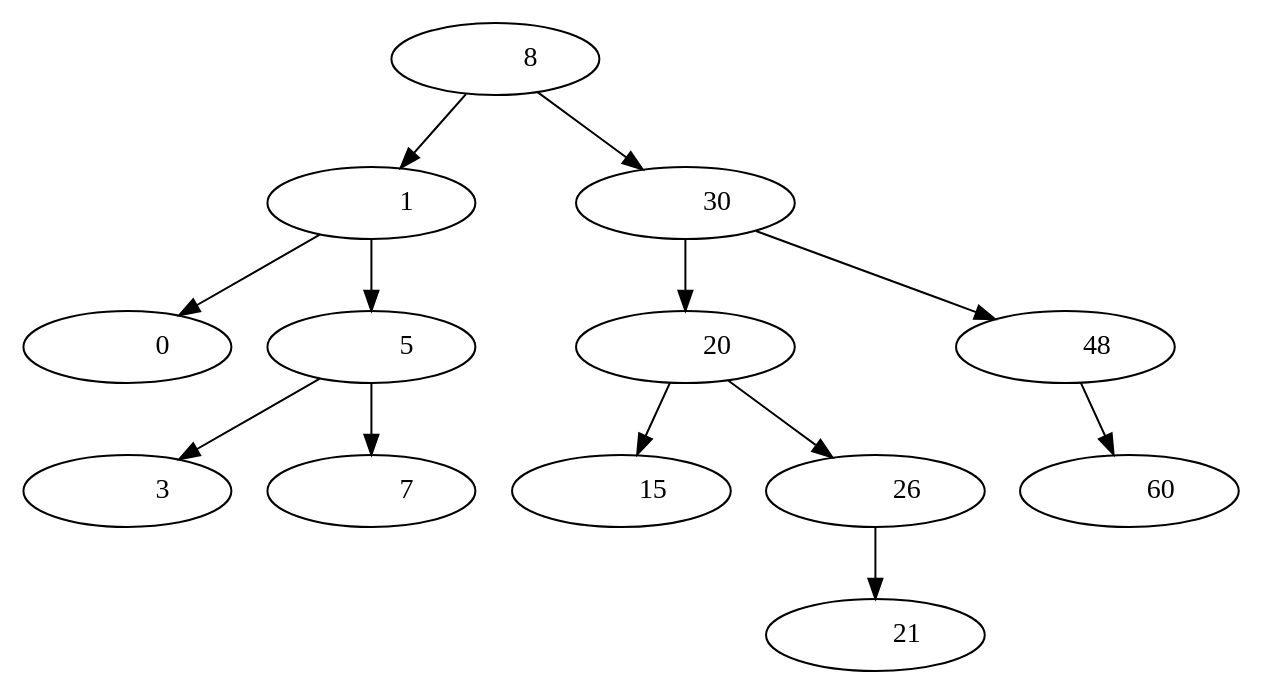
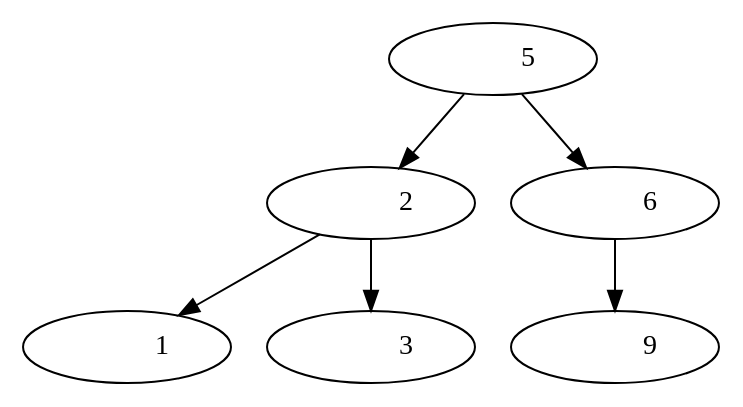
One commit to KINGR0X/EDD_PROYECTO_202044192 changed the diagram in Fase2/avl_tree.dot. Above: the diagram before and after it, drawn with Graphviz. The commit also changed 68 other files, not shown here.

```diff
--- a/Fase2/avl_tree.dot
+++ b/Fase2/avl_tree.dot
@@ -1,27 +1,13 @@
  digraph G {
- "Nodo7f7500c0-4887-4a8c-778e-06fbdffe7698"[label = "           8 "]
- "Nodo7f7500c0-4887-4a8c-778e-06fbdffe7698"->"Nodoba1ee560-3161-4b0e-748f-5d4c87db0960"
- "Nodo7f7500c0-4887-4a8c-778e-06fbdffe7698"->"Nodo7108aeb4-ad58-40ca-6cda-8c09975d5b3e"
- "Nodoba1ee560-3161-4b0e-748f-5d4c87db0960"[label = "           1 "]
- "Nodoba1ee560-3161-4b0e-748f-5d4c87db0960"->"Nodof8669521-28c4-41d7-491f-890dbdfba7cc"
- "Nodoba1ee560-3161-4b0e-748f-5d4c87db0960"->"Nodoffdb7178-ef22-41ae-40e8-2db1ddab4f2c"
- "Nodof8669521-28c4-41d7-491f-890dbdfba7cc"[label = "           0 "]
- "Nodoffdb7178-ef22-41ae-40e8-2db1ddab4f2c"[label = "           5 "]
- "Nodoffdb7178-ef22-41ae-40e8-2db1ddab4f2c"->"Nodo9548623e-2738-4ca4-7dc1-4087f7771cd5"
- "Nodoffdb7178-ef22-41ae-40e8-2db1ddab4f2c"->"Nodo54f402e8-232b-4843-6a7e-ab77efed575a"
- "Nodo9548623e-2738-4ca4-7dc1-4087f7771cd5"[label = "           3 "]
- "Nodo54f402e8-232b-4843-6a7e-ab77efed575a"[label = "           7 "]
- "Nodo7108aeb4-ad58-40ca-6cda-8c09975d5b3e"[label = "          30 "]
- "Nodo7108aeb4-ad58-40ca-6cda-8c09975d5b3e"->"Nodobde0bd01-bfb0-40d2-62ff-949effee58d2"
- "Nodo7108aeb4-ad58-40ca-6cda-8c09975d5b3e"->"Nodo73ded84e-edca-4d16-7c15-dd6a5de56900"
- "Nodobde0bd01-bfb0-40d2-62ff-949effee58d2"[label = "          20 "]
- "Nodobde0bd01-bfb0-40d2-62ff-949effee58d2"->"Nodo1f04b2d3-80b2-4c29-7de9-c8dc7aba46ec"
- "Nodobde0bd01-bfb0-40d2-62ff-949effee58d2"->"Nodoe5b7c7ae-a88d-47ff-7154-ea0f6ffa33a7"
- "Nodo1f04b2d3-80b2-4c29-7de9-c8dc7aba46ec"[label = "          15 "]
- "Nodoe5b7c7ae-a88d-47ff-7154-ea0f6ffa33a7"[label = "          26 "]
- "Nodoe5b7c7ae-a88d-47ff-7154-ea0f6ffa33a7"->"Nodof79e288e-0434-4afa-474b-212afffd59bb"
- "Nodof79e288e-0434-4afa-474b-212afffd59bb"[label = "          21 "]
- "Nodo73ded84e-edca-4d16-7c15-dd6a5de56900"[label = "          48 "]
- "Nodo73ded84e-edca-4d16-7c15-dd6a5de56900"->"Nodof3f5e80d-c47f-447d-5ad6-176deffe9980"
- "Nodof3f5e80d-c47f-447d-5ad6-176deffe9980"[label = "          60 "]
+ "Nodoe158d8fa-b4c6-4d95-571b-0a1fed4f9536"[label = "           5 "]
+ "Nodoe158d8fa-b4c6-4d95-571b-0a1fed4f9536"->"Nodo74260e88-454d-4f35-7c50-55b5ffef65cc"
+ "Nodoe158d8fa-b4c6-4d95-571b-0a1fed4f9536"->"Nodo722b7365-44d8-4876-536d-3a3fc7dfd839"
+ "Nodo74260e88-454d-4f35-7c50-55b5ffef65cc"[label = "           2 "]
+ "Nodo74260e88-454d-4f35-7c50-55b5ffef65cc"->"Nodod0ea4d9f-2d75-4b56-710a-589cc9f7353c"
+ "Nodo74260e88-454d-4f35-7c50-55b5ffef65cc"->"Nodo9f4b60ce-696b-49c0-48b5-1147fdf2fe1f"
+ "Nodod0ea4d9f-2d75-4b56-710a-589cc9f7353c"[label = "           1 "]
+ "Nodo9f4b60ce-696b-49c0-48b5-1147fdf2fe1f"[label = "           3 "]
+ "Nodo722b7365-44d8-4876-536d-3a3fc7dfd839"[label = "           6 "]
+ "Nodo722b7365-44d8-4876-536d-3a3fc7dfd839"->"Nodof5cc9b98-ddf3-4674-6897-b1171ef536e7"
+ "Nodof5cc9b98-ddf3-4674-6897-b1171ef536e7"[label = "           9 "]
  }
```
